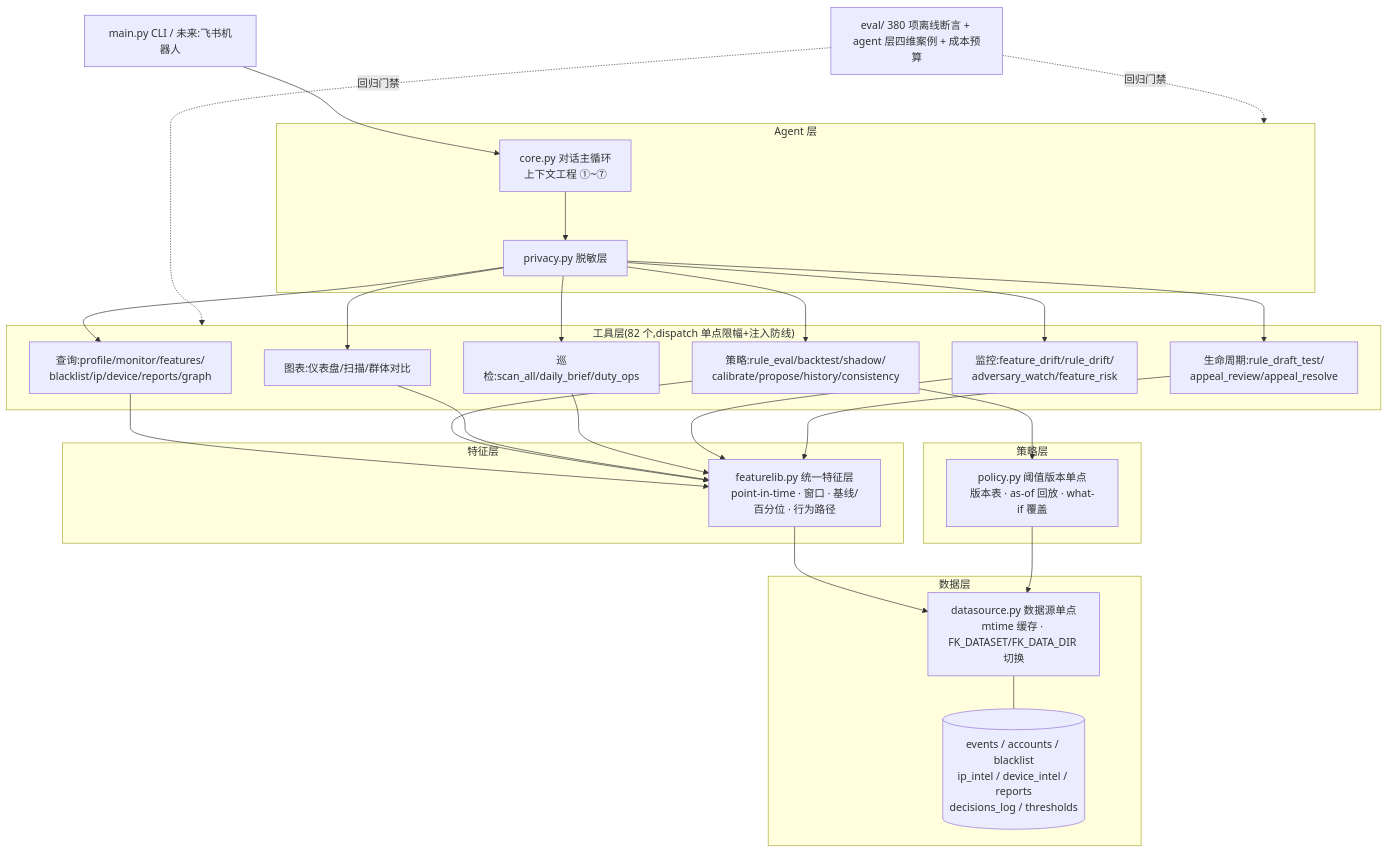
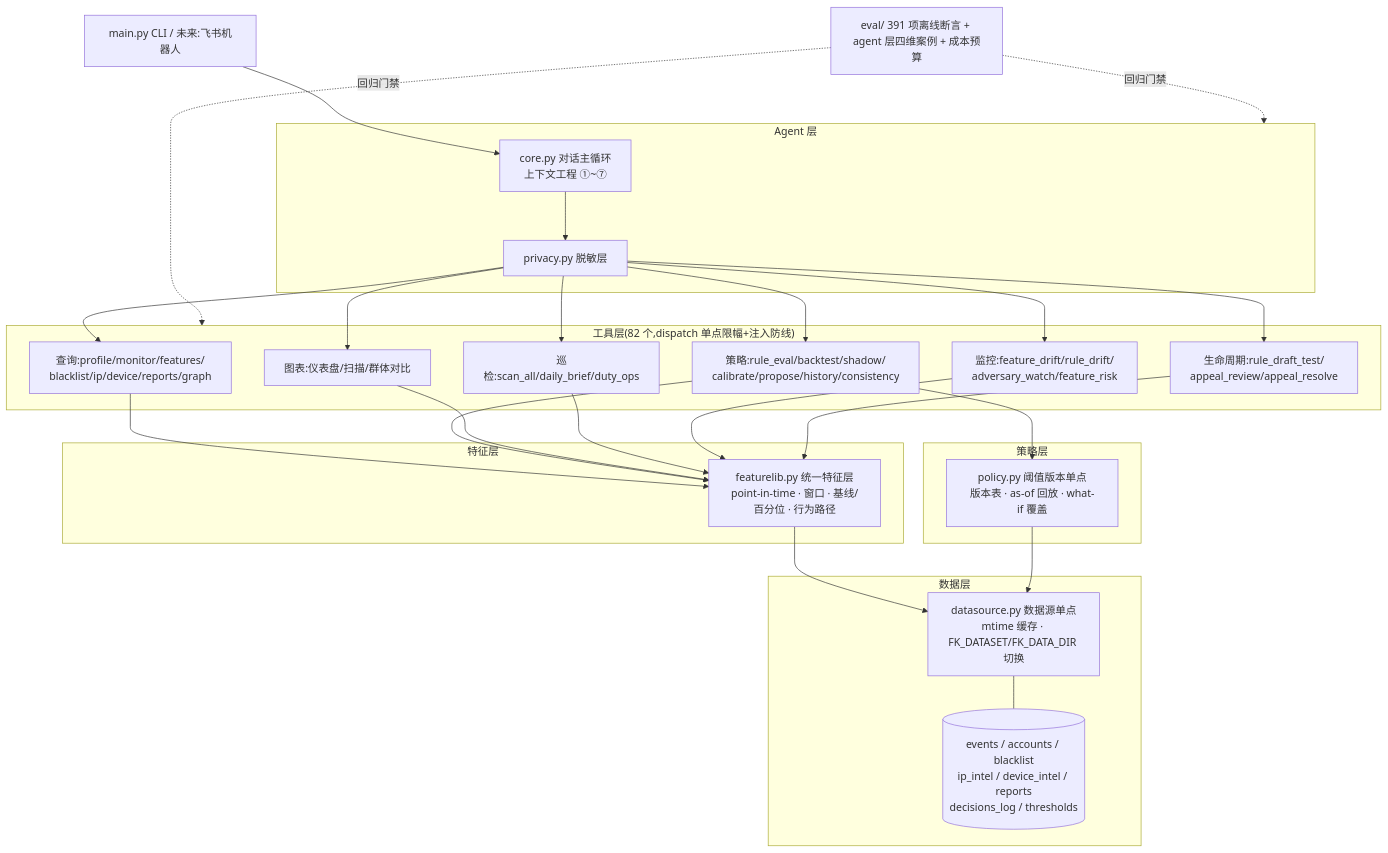
The diagram in README.md (1494389516/fengkong-agent), drawn with Mermaid before and after one commit. The commit also changed other lines of this file and 9 other files, not shown here.

````diff
--- a/README.md
+++ b/README.md
@@ -69,31 +69,31 @@
 ```mermaid
 flowchart TB
     subgraph 数据层
         DS[datasource.py 数据源单点<br/>mtime 缓存 · FK_DATASET/FK_DATA_DIR 切换]
         D1[(events / accounts / blacklist<br/>ip_intel / device_intel / reports<br/>decisions_log / thresholds)]
         DS --- D1
     end
     subgraph 策略层
         POL[policy.py 阈值版本单点<br/>版本表 · as-of 回放 · what-if 覆盖]
     end
     subgraph 特征层
         FL[featurelib.py 统一特征层<br/>point-in-time · 窗口 · 基线/百分位 · 行为路径]
     end
     subgraph 工具层["工具层(82 个,dispatch 单点限幅+注入防线)"]
         T1[查询:profile/monitor/features/<br/>blacklist/ip/device/reports/graph]
         T2[策略:rule_eval/backtest/shadow/<br/>calibrate/propose/history/consistency]
         T3[图表:仪表盘/扫描/群体对比]
         T4[巡检:scan_all/daily_brief/duty_ops]
         T5[监控:feature_drift/rule_drift/<br/>adversary_watch/feature_risk]
         T6[生命周期:rule_draft_test/<br/>appeal_review/appeal_resolve]
     end
     subgraph AGENT["Agent 层"]
         CORE[core.py 对话主循环<br/>上下文工程 ①~⑦]
         PRIV[privacy.py 脱敏层]
     end
     CLI[main.py CLI / 未来:飞书机器人] --> CORE
     CORE --> PRIV --> T1 & T2 & T3 & T4 & T5 & T6
     T1 & T2 & T3 & T4 & T5 & T6 --> FL --> DS
     T2 --> POL --> DS
-    EVAL[eval/ 380 项离线断言 + agent 层四维案例 + 成本预算] -. 回归门禁 .-> 工具层 & AGENT
+    EVAL[eval/ 391 项离线断言 + agent 层四维案例 + 成本预算] -. 回归门禁 .-> 工具层 & AGENT
 ```
````
